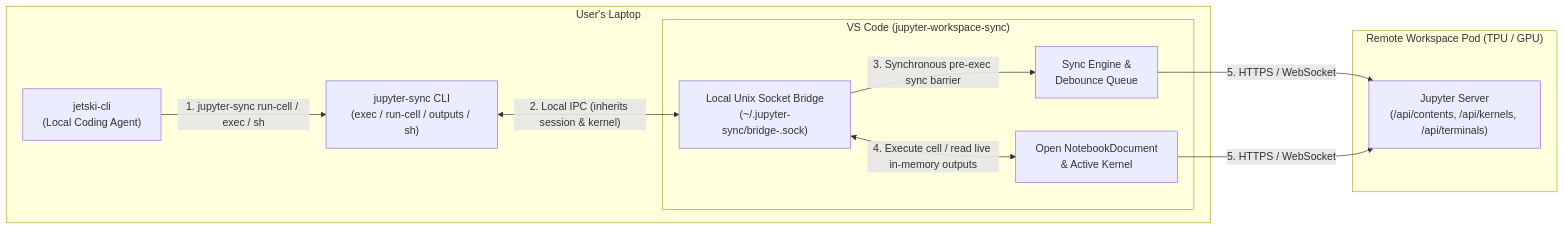
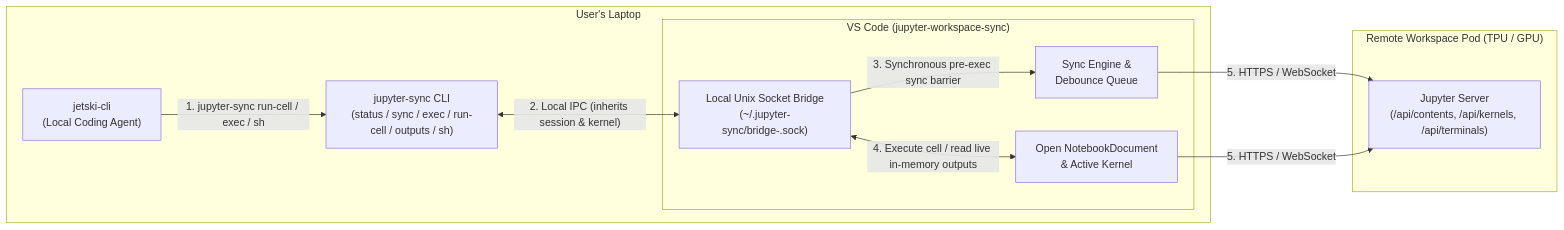
The third of 3 diagrams in vscode-extension/DESIGN.md (gke-labs/workspaces), drawn with Mermaid before and after one commit. The commit also changed other lines of this file and 19 other files, not shown here.

Commit message:
feat(vscode-extension): implement jupyter-workspace-sync extension and revise design doc

````diff
--- a/vscode-extension/DESIGN.md
+++ b/vscode-extension/DESIGN.md
@@ -297,23 +342,23 @@
 ```mermaid
 flowchart LR
     subgraph Laptop["User's Laptop"]
         AGENT["jetski-cli<br/>(Local Coding Agent)"]
-        CLI["jupyter-sync CLI<br/>(exec / run-cell / outputs / sh)"]
+        CLI["jupyter-sync CLI<br/>(status / sync / exec / run-cell / outputs / sh)"]
         
         subgraph VSC["VS Code (jupyter-workspace-sync)"]
             IPC["Local Unix Socket Bridge<br/>(~/.jupyter-sync/bridge-<hash>.sock)"]
             SYNC["Sync Engine &<br/>Debounce Queue"]
             NB["Open NotebookDocument<br/>& Active Kernel"]
         end
     end
 
     subgraph Remote["Remote Workspace Pod (TPU / GPU)"]
         JSRV["Jupyter Server<br/>(/api/contents, /api/kernels, /api/terminals)"]
     end
 
     AGENT -->|"1. jupyter-sync run-cell / exec / sh"| CLI
     CLI <-->|"2. Local IPC (inherits session & kernel)"| IPC
     IPC -->|"3. Synchronous pre-exec sync barrier"| SYNC
     IPC <-->|"4. Execute cell / read live in-memory outputs"| NB
     SYNC & NB -->|"5. HTTPS / WebSocket"| JSRV
 ```
````
